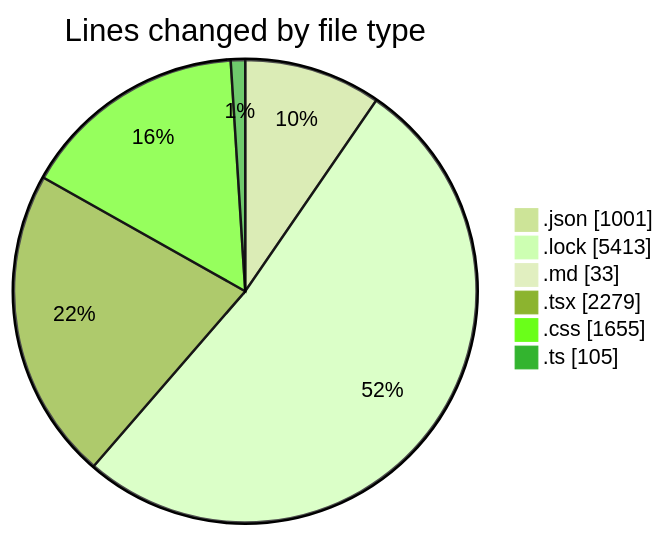
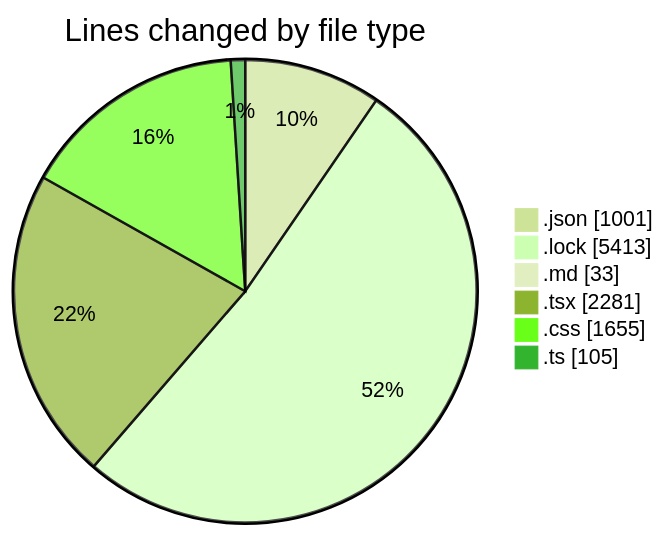
Before and after one commit to EIIisD/code-tracking: the first of 2 diagrams in 2025-08-11/ribbon/README.md, drawn with Mermaid (forest theme). The commit also changed other lines of this file and 1 other file, not shown here.

````diff
--- a/2025-08-11/ribbon/README.md
+++ b/2025-08-11/ribbon/README.md
@@ -44,10 +44,10 @@
 ```mermaid
 pie showData
 title Lines changed by file type
 ".json" : 1001
 ".lock" : 5413
 ".md" : 33
-".tsx" : 2279
+".tsx" : 2281
 ".css" : 1655
 ".ts" : 105
 ```
````
